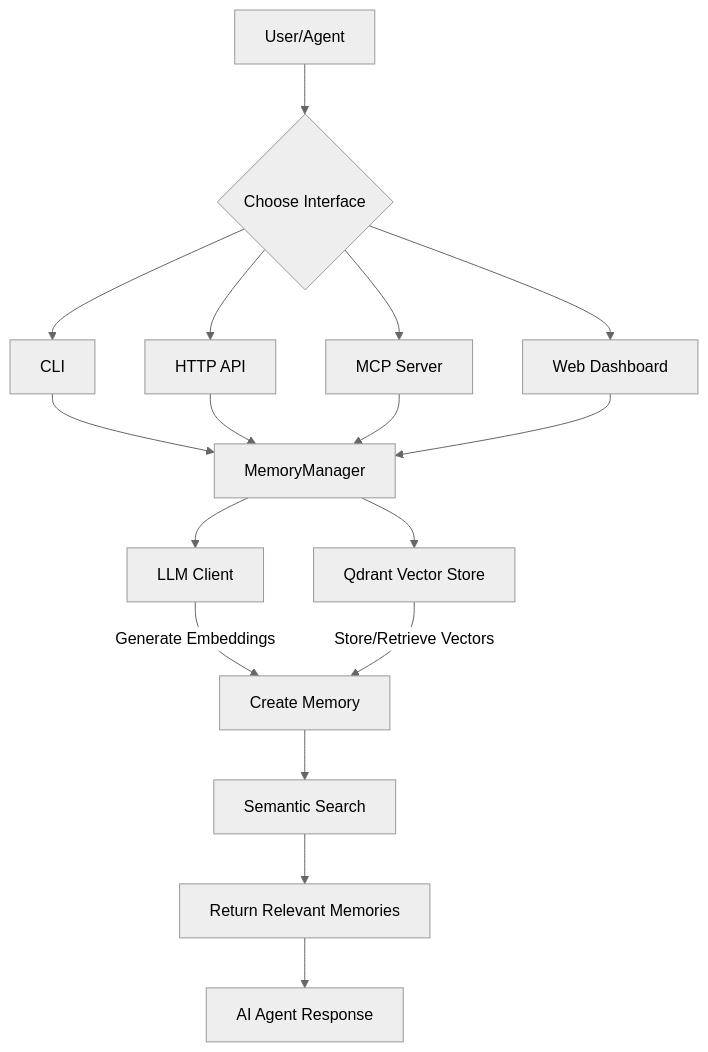
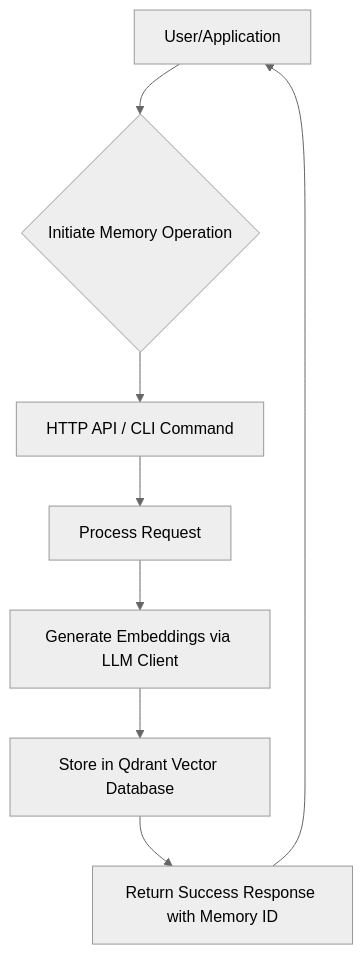
The fourth of 7 diagrams in litho.docs/2.Architecture.md (sopaco/cortex-mem), drawn with Mermaid (neutral theme) before and after one commit. The commit also changed other lines of this file and 14 other files, not shown here.

````diff
--- a/litho.docs/2.Architecture.md
+++ b/litho.docs/2.Architecture.md
@@ -414,19 +359,10 @@
 ```mermaid
-flowchart TD
-    A[User/Agent] --> B{Choose Interface}
-    B --> C[CLI]
-    B --> D[HTTP API]
-    B --> E[MCP Server]
-    B --> F[Web Dashboard]
-    C --> G[MemoryManager]
-    D --> G
-    E --> G
-    F --> G
-    G --> H[LLM Client]
-    G --> I[Qdrant Vector Store]
-    H -->|Generate Embeddings| J[Create Memory]
-    I -->|Store/Retrieve Vectors| J
-    J --> K[Semantic Search]
-    K --> L[Return Relevant Memories]
-    L --> M[AI Agent Response]
+graph TD
+    A[User/Application] --> B{Initiate Memory Operation}
+    B --> C[HTTP API / CLI Command]
+    C --> D[Process Request]
+    D --> E[Generate Embeddings via LLM Client]
+    E --> F[Store in Qdrant Vector Database]
+    F --> G[Return Success Response with Memory ID]
+    G --> A
 ```
````
